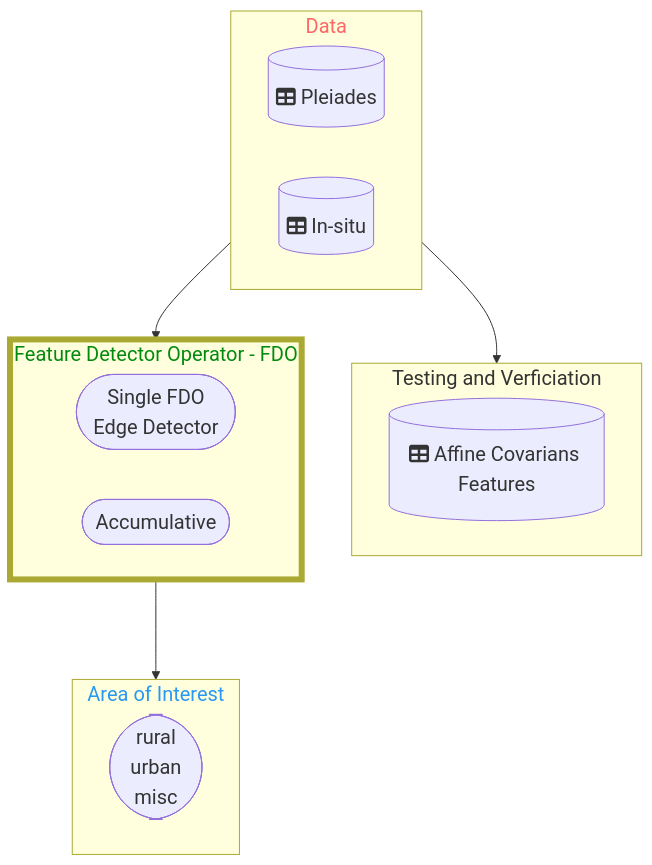
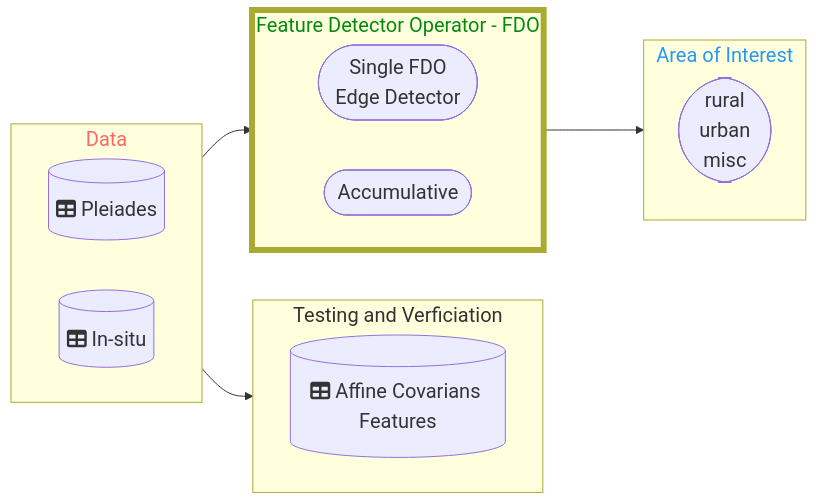
The diagram in Application/README.md (DippoldEJ/Feature-Detection-and-Explanation), drawn with Mermaid before and after one commit.

````diff
--- a/Application/README.md
+++ b/Application/README.md
@@ -13,38 +13,38 @@
 ```mermaid
-flowchart TD;
+flowchart LR;
 %%{init: {
 	'themeVariables': { 'fontSize': '20px', 'fontFamily': 'Didot'}
 	}
 }%%
 
  subgraph n[Data]
         direction LR
         h[(fa:fa-table Pleiades)]
 		s[(fa:fa-table In-situ)]
     end
 
  subgraph q[Testing and Verficiation]
         direction LR
         r[(fa:fa-table Affine Covarians Features)]
     end
 
  subgraph o[Feature Detector Operator - FDO]
         direction LR
         j([Single FDO <br /> Edge Detector])
         m([Accumulative])
     end
 
 subgraph p[Area of Interest]
     a([rural <br /> urban  <br />  misc])
     end
 
 style n color:#f66
 style o stroke-width:6px
 style o color:#028A0F
 style p color:#2798F5
 
 n-->o
 o-->p
 n-->q
 
 ```
````
